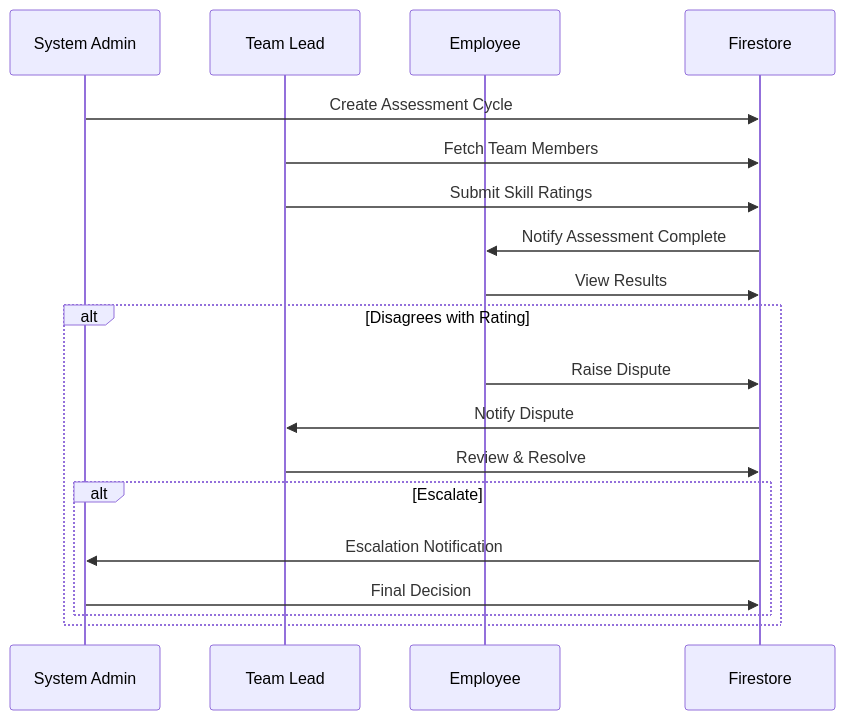
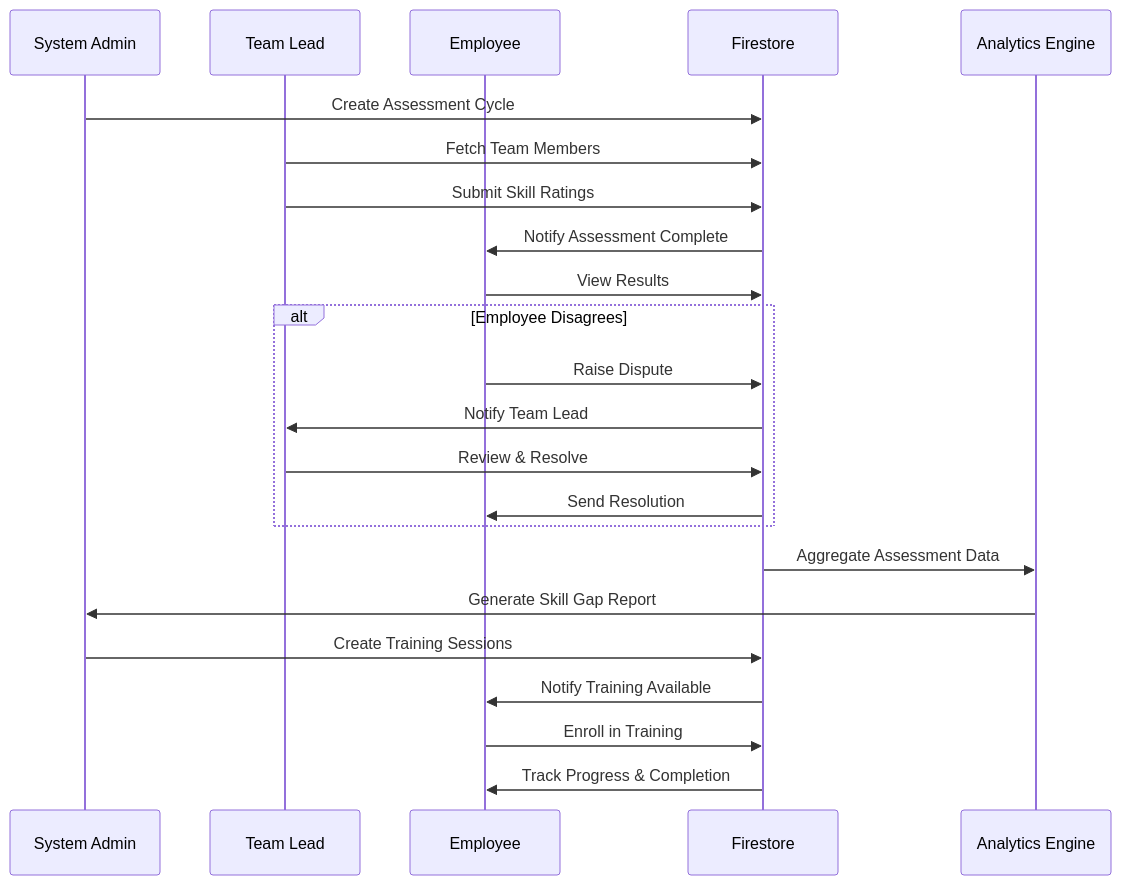
The second of 2 diagrams in README.md (anuragmaldhure/thinkathon), drawn with Mermaid before and after one commit. The commit also changed other lines of this file and 115 other files, not shown here.

````diff
--- a/README.md
+++ b/README.md
@@ -328,23 +345,28 @@
 ```mermaid
 sequenceDiagram
     participant SA as System Admin
     participant TL as Team Lead
     participant E as Employee
     participant DB as Firestore
+    participant AN as Analytics Engine
 
     SA->>DB: Create Assessment Cycle
     TL->>DB: Fetch Team Members
     TL->>DB: Submit Skill Ratings
     DB->>E: Notify Assessment Complete
     E->>DB: View Results
     
-    alt Disagrees with Rating
+    alt Employee Disagrees
         E->>DB: Raise Dispute
-        DB->>TL: Notify Dispute
+        DB->>TL: Notify Team Lead
         TL->>DB: Review & Resolve
-        alt Escalate
-            DB->>SA: Escalation Notification
-            SA->>DB: Final Decision
-        end
+        DB->>E: Send Resolution
     end
+    
+    DB->>AN: Aggregate Assessment Data
+    AN->>SA: Generate Skill Gap Report
+    SA->>DB: Create Training Sessions
+    DB->>E: Notify Training Available
+    E->>DB: Enroll in Training
+    DB->>E: Track Progress & Completion
 ```
````
